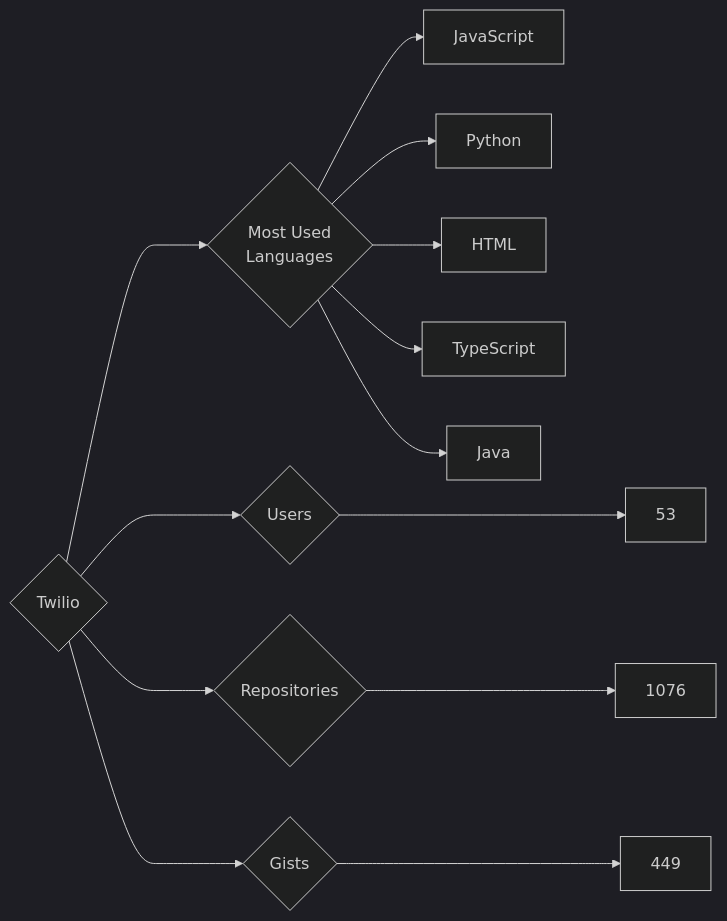
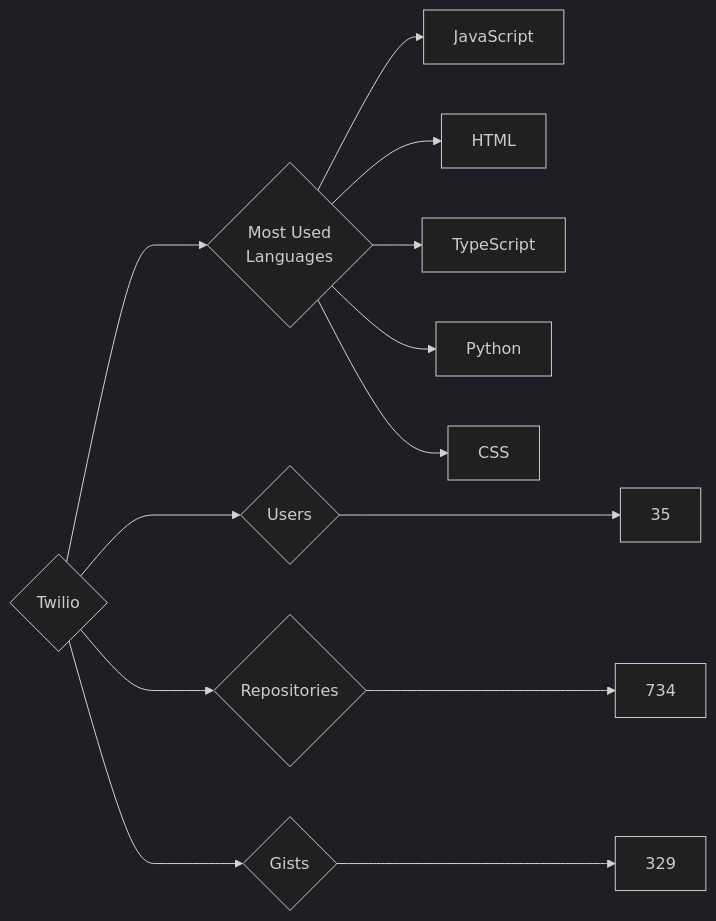
One commit to trickest/insiders changed the diagram in targets/Twilio/README.md. Above: the diagram before and after it, drawn with Mermaid (dark theme). The commit also changed 815 other files, not shown here.

````diff
--- a/targets/Twilio/README.md
+++ b/targets/Twilio/README.md
@@ -3,13 +3,13 @@
 ```mermaid
 graph LR
 COMPANY_NAME{Twilio}
-COMPANY_NAME ---> U{Users} ---> UN[53]
-COMPANY_NAME ---> R{Repositories} ---> RN[1076]
-COMPANY_NAME ---> G{Gists} ---> GN[449]
+COMPANY_NAME ---> U{Users} ---> UN[35]
+COMPANY_NAME ---> R{Repositories} ---> RN[734]
+COMPANY_NAME ---> G{Gists} ---> GN[329]
 COMPANY_NAME ---> ML{Most Used<br>Languages}
 ML --> JavaScript[JavaScript]
-ML --> Python[Python]
 ML --> HTML[HTML]
 ML --> TypeScript[TypeScript]
-ML --> Java[Java]
+ML --> Python[Python]
+ML --> CSS[CSS]
 ```
````
